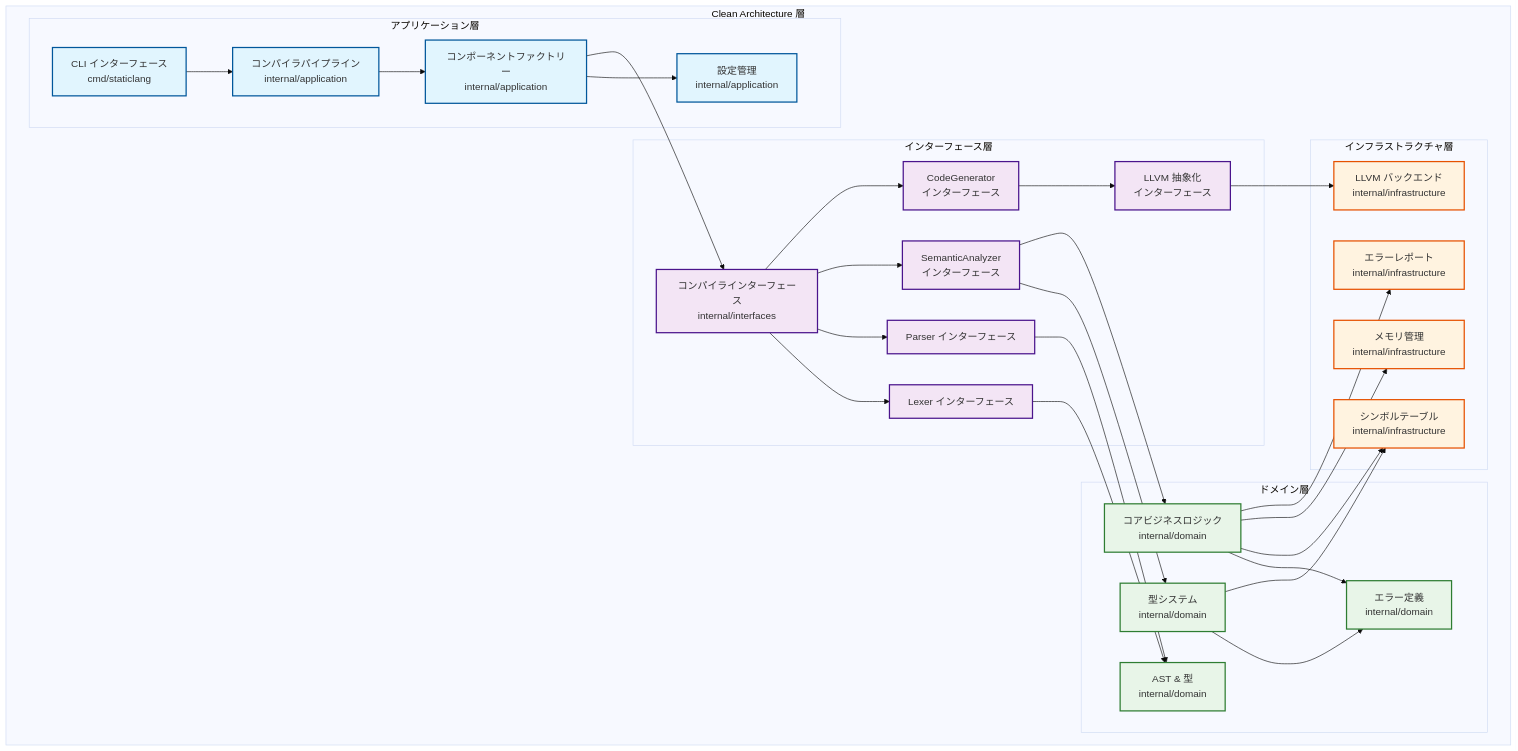
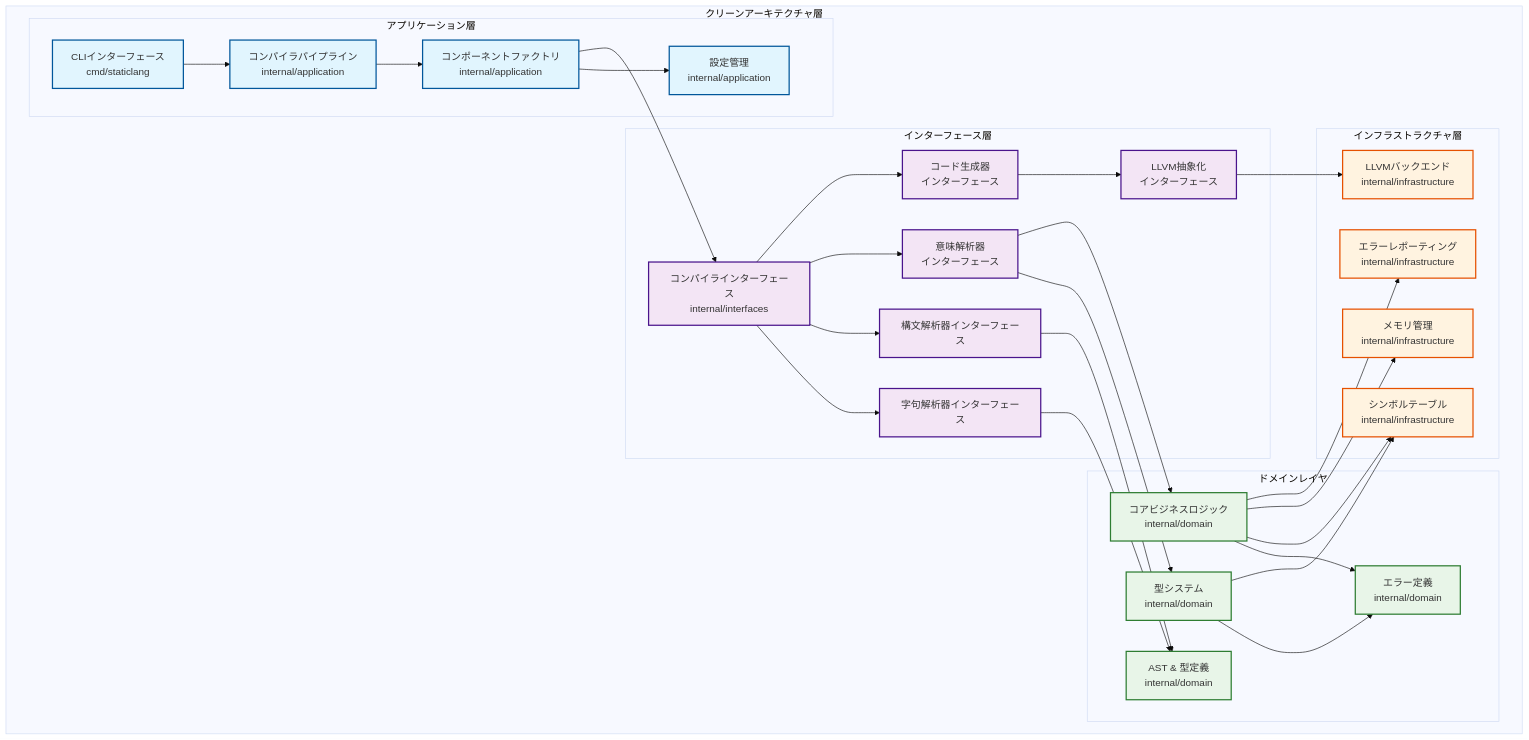
Before and after one commit to sokoide/llvm5: the diagram in ARCHITECTURE_jp.md, drawn with Mermaid (base theme). The commit also changed other lines of this file and 1 other file, not shown here.

````diff
--- a/ARCHITECTURE_jp.md
+++ b/ARCHITECTURE_jp.md
@@ -9,70 +146,70 @@
 ```mermaid
 graph TB
-    subgraph "Clean Architecture 層"
+    subgraph "クリーンアーキテクチャ層"
 
         subgraph "アプリケーション層"
-            CLI["CLI インターフェース<br/>cmd/staticlang"]
+            CLI["CLIインターフェース<br/>cmd/staticlang"]
             Pipeline["コンパイラパイプライン<br/>internal/application"]
-            Factory["コンポーネントファクトリー<br/>internal/application"]
+            Factory["コンポーネントファクトリ<br/>internal/application"]
             Config["設定管理<br/>internal/application"]
         end
 
         subgraph "インターフェース層"
             CompilerIntf["コンパイラインターフェース<br/>internal/interfaces"]
-            LexerIntf["Lexer インターフェース"]
-            ParserIntf["Parser インターフェース"]
-            AnalyzerIntf["SemanticAnalyzer<br/>インターフェース"]
-            GeneratorIntf["CodeGenerator<br/>インターフェース"]
-            LLVMIntf["LLVM 抽象化<br/>インターフェース"]
+            LexerIntf["字句解析器インターフェース"]
+            ParserIntf["構文解析器インターフェース"]
+            AnalyzerIntf["意味解析器<br/>インターフェース"]
+            GeneratorIntf["コード生成器<br/>インターフェース"]
+            LLVMIntf["LLVM抽象化<br/>インターフェース"]
         end
 
-        subgraph "ドメイン層"
-            AST["AST & 型<br/>internal/domain"]
+        subgraph "ドメインレイヤ"
+            AST["AST & 型定義<br/>internal/domain"]
             TypeSystem["型システム<br/>internal/domain"]
             BusinessLogic["コアビジネスロジック<br/>internal/domain"]
             ErrorDefs["エラー定義<br/>internal/domain"]
         end
 
         subgraph "インフラストラクチャ層"
-            LLVMBackend["LLVM バックエンド<br/>internal/infrastructure"]
+            LLVMBackend["LLVMバックエンド<br/>internal/infrastructure"]
             SymbolTable["シンボルテーブル<br/>internal/infrastructure"]
             MemoryMgr["メモリ管理<br/>internal/infrastructure"]
-            ErrorReporter["エラーレポート<br/>internal/infrastructure"]
+            ErrorReporter["エラーレポーティング<br/>internal/infrastructure"]
         end
 
         CLI --> Pipeline
         Pipeline --> Factory
         Factory --> Config
 
         Factory --> CompilerIntf
         CompilerIntf --> LexerIntf
         CompilerIntf --> ParserIntf
         CompilerIntf --> AnalyzerIntf
         CompilerIntf --> GeneratorIntf
 
         LexerIntf --> AST
         ParserIntf --> AST
         AnalyzerIntf --> TypeSystem
         AnalyzerIntf --> BusinessLogic
         GeneratorIntf --> LLVMIntf
 
         TypeSystem --> ErrorDefs
         BusinessLogic --> ErrorDefs
 
         LLVMIntf --> LLVMBackend
         TypeSystem --> SymbolTable
         BusinessLogic --> SymbolTable
         BusinessLogic --> MemoryMgr
         BusinessLogic --> ErrorReporter
 
         classDef applicationLayer fill:#e1f5fe,stroke:#01579b,stroke-width:2px
         classDef interfaceLayer fill:#f3e5f5,stroke:#4a148c,stroke-width:2px
         classDef domainLayer fill:#e8f5e8,stroke:#2e7d32,stroke-width:2px
         classDef infrastructureLayer fill:#fff3e0,stroke:#e65100,stroke-width:2px
 
         class CLI,Pipeline,Factory,Config applicationLayer
         class CompilerIntf,LexerIntf,ParserIntf,AnalyzerIntf,GeneratorIntf,LLVMIntf interfaceLayer
         class AST,TypeSystem,BusinessLogic,ErrorDefs domainLayer
         class LLVMBackend,SymbolTable,MemoryMgr,ErrorReporter infrastructureLayer
     end
 ```
````
